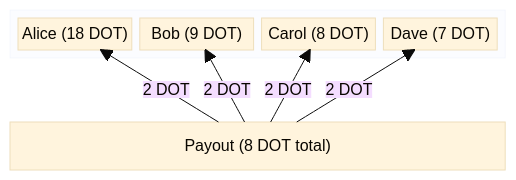
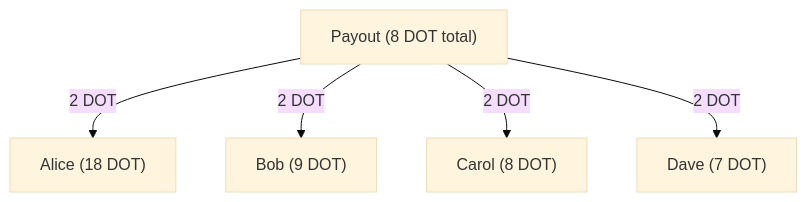
The first of 6 diagrams in infrastructure/staking-mechanics/rewards-payout.md (Telucero/polkadot-docs), drawn with Mermaid (base theme) before and after one commit. The commit also changed other lines of this file, not shown here.

Commit message:
changes block-beta mermaid diagrams to flowchart to correct rendering issue (#252)

````diff
--- a/infrastructure/staking-mechanics/rewards-payout.md
+++ b/infrastructure/staking-mechanics/rewards-payout.md
@@ -77,18 +77,12 @@
 ``` mermaid
-%%Payout, 4 val set, A-D are validators/stakes, E is payout%%
-
-block-beta
-    columns 1
-  block
+flowchart TD
     A["Alice (18 DOT)"]
     B["Bob (9 DOT)"]
     C["Carol (8 DOT)"]
     D["Dave (7 DOT)"]
-  end
-    space
-    E["Payout (8 DOT total)"]:1
+    E["Payout (8 DOT total)"]
     E --"2 DOT"--> A
     E --"2 DOT"--> B
     E --"2 DOT"--> C
-    E --"2 DOT"--> D 
+    E --"2 DOT"--> D
 ```
````
